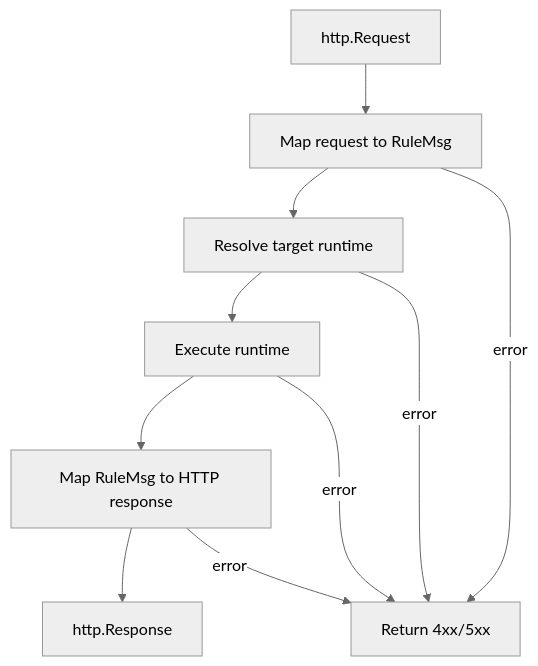
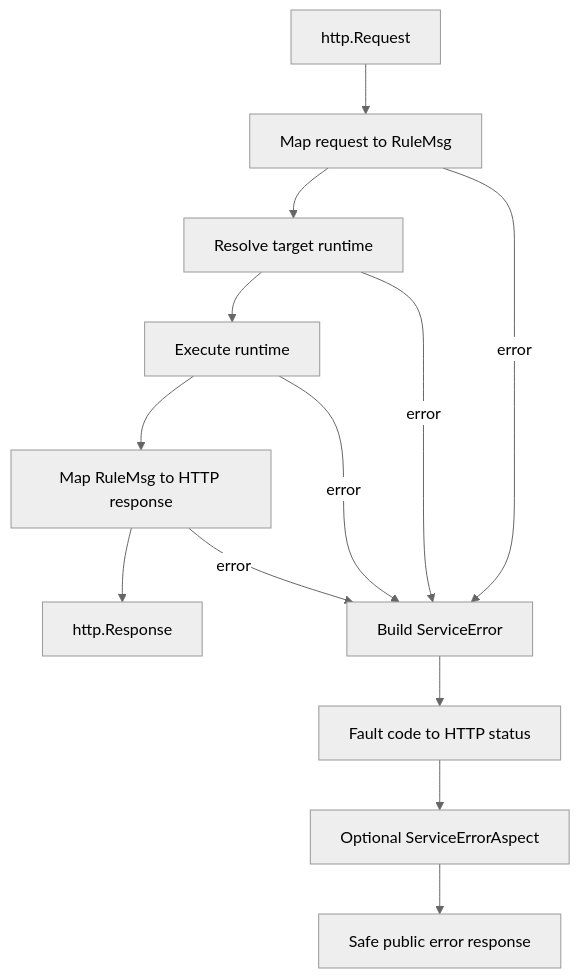
The diagram in docs/reference/10_http_endpoint_deep_dive.md (neohetj/matrix), drawn with Mermaid (neutral theme) before and after one commit. The commit also changed other lines of this file and 8 other files, not shown here.

````diff
--- a/docs/reference/10_http_endpoint_deep_dive.md
+++ b/docs/reference/10_http_endpoint_deep_dive.md
@@ -41,12 +47,15 @@
 ```mermaid
 flowchart TD
     req["http.Request"] --> mapReq["Map request to RuleMsg"]
     mapReq --> getRt["Resolve target runtime"]
     getRt --> exec["Execute runtime"]
     exec --> mapResp["Map RuleMsg to HTTP response"]
     mapResp --> resp["http.Response"]
-    mapReq -- error --> err["Return 4xx/5xx"]
-    getRt -- error --> err
-    exec -- error --> err
-    mapResp -- error --> err
+    mapReq -- error --> serviceErr["Build ServiceError"]
+    getRt -- error --> serviceErr
+    exec -- error --> serviceErr
+    mapResp -- error --> serviceErr
+    serviceErr --> status["Fault code to HTTP status"]
+    status --> aspect["Optional ServiceErrorAspect"]
+    aspect --> publicResp["Safe public error response"]
 ```
````
